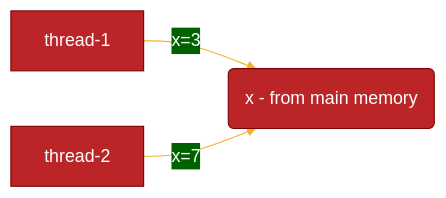
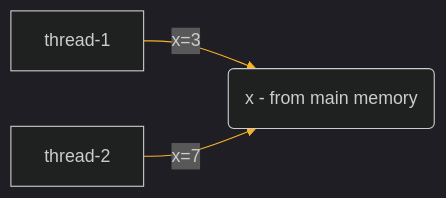
One commit to cloudxmen/java-concurrency changed the diagram in README.md. Above: the diagram before and after it, drawn with Mermaid.

Commit message:
update with themes

````diff
--- a/README.md
+++ b/README.md
@@ -35,20 +35,20 @@
 ```mermaid
 %%{
   init: {
-    'theme': 'base',
+    'theme': 'dark',
     'themeVariables': {
       'primaryColor': '#BB2528',
       'primaryTextColor': '#fff',
       'primaryBorderColor': '#7C0000',
       'lineColor': '#F8B229',
       'secondaryColor': '#006100',
       'tertiaryColor': '#fff'
     }
   }
 }%%
 
 graph LR;
 thread-1 -- x=3 --> x(x - from main memory)
 thread-2 -- x=7 --> x
 
 ```
````
